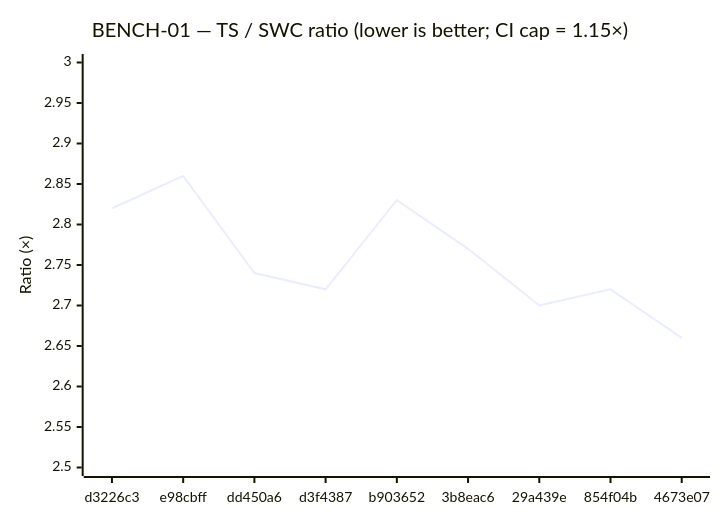
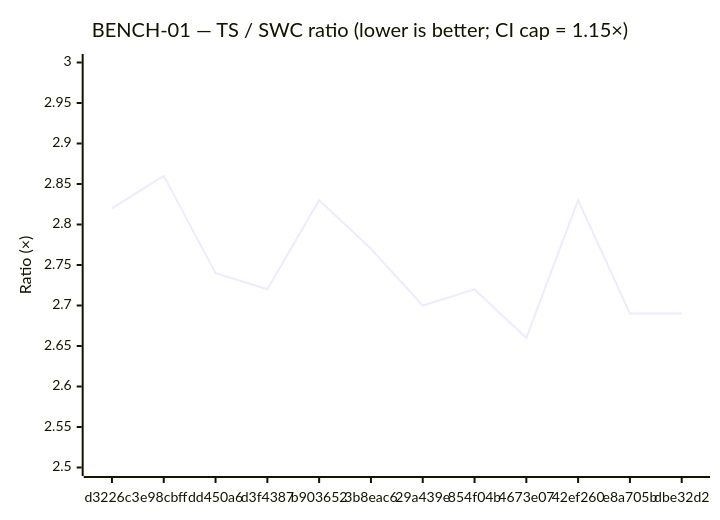
The first of 2 diagrams in packages/qwik-ts-optimizer/BENCHMARKS.md (QwikDev/qwik), drawn with Mermaid before and after one commit. The commit also changed other lines of this file, not shown here.

````diff
--- a/packages/qwik-ts-optimizer/BENCHMARKS.md
+++ b/packages/qwik-ts-optimizer/BENCHMARKS.md
@@ -92,7 +98,7 @@
 ```mermaid
 xychart-beta
     title "BENCH-01 — TS / SWC ratio (lower is better; CI cap = 1.15×)"
-    x-axis ["d3226c3", "e98cbff", "dd450a6", "d3f4387", "b903652", "3b8eac6", "29a439e", "854f04b", "4673e07"]
+    x-axis ["d3226c3", "e98cbff", "dd450a6", "d3f4387", "b903652", "3b8eac6", "29a439e", "854f04b", "4673e07", "42ef260", "e8a705b", "dbe32d2"]
     y-axis "Ratio (×)" 2.5 --> 3.0
-    line [2.82, 2.86, 2.74, 2.72, 2.83, 2.77, 2.70, 2.72, 2.66]
+    line [2.82, 2.86, 2.74, 2.72, 2.83, 2.77, 2.70, 2.72, 2.66, 2.83, 2.69, 2.69]
 ```
````
